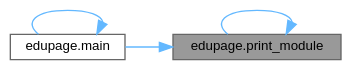
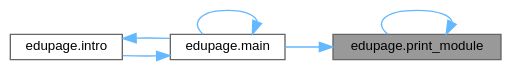
Before and after one commit to GrenManSK/ZnamE: the diagram in d0/d52/namespaceedupage_a87e4619e345ef843fdc09d1a602c3ce3_icgraph.dot, drawn with Graphviz. The commit also changed 356 other files, not shown here.

```diff
--- a/d0/d52/namespaceedupage_a87e4619e345ef843fdc09d1a602c3ce3_icgraph.dot
+++ b/d0/d52/namespaceedupage_a87e4619e345ef843fdc09d1a602c3ce3_icgraph.dot
@@ -1,13 +1,16 @@
 digraph "edupage.print_module"
 {
  // LATEX_PDF_SIZE
   bgcolor="transparent";
   edge [fontname=Helvetica,fontsize=10,labelfontname=Helvetica,labelfontsize=10];
   node [fontname=Helvetica,fontsize=10,shape=box,height=0.2,width=0.4];
   rankdir="RL";
   Node1 [label="edupage.print_module",height=0.2,width=0.4,color="gray40", fillcolor="grey60", style="filled", fontcolor="black",tooltip=" "];
   Node1 -> Node2 [dir="back",color="steelblue1",style="solid"];
   Node2 [label="edupage.main",height=0.2,width=0.4,color="grey40", fillcolor="white", style="filled",URL="$d0/d52/namespaceedupage.html#a119d208fce33ca55d6b605c22dbcd534",tooltip=" "];
+  Node2 -> Node3 [dir="back",color="steelblue1",style="solid"];
+  Node3 [label="edupage.intro",height=0.2,width=0.4,color="grey40", fillcolor="white", style="filled",URL="$d0/d52/namespaceedupage.html#a316dc71e49505324d14deee19eccd566",tooltip=" "];
+  Node3 -> Node2 [dir="back",color="steelblue1",style="solid"];
   Node2 -> Node2 [dir="back",color="steelblue1",style="solid"];
   Node1 -> Node1 [dir="back",color="steelblue1",style="solid"];
 }
```
